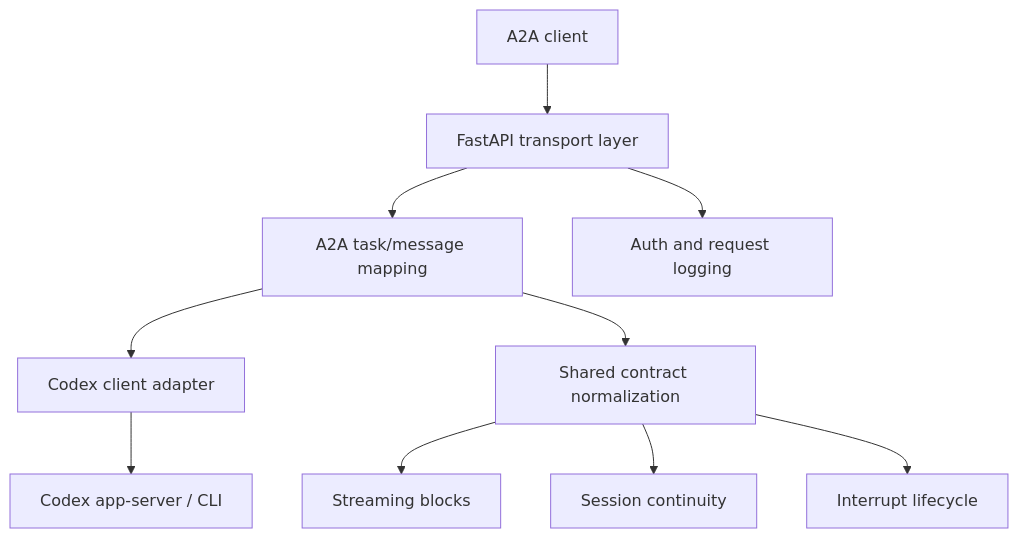
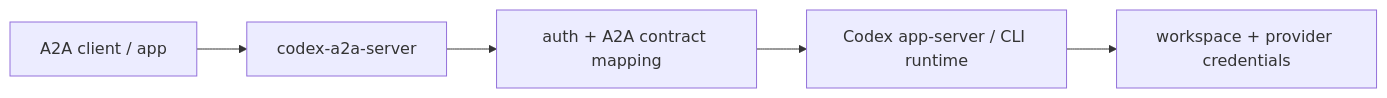
The diagram in README.md (liujuanjuan1984/codex-a2a-server), drawn with Mermaid before and after one commit. The commit also changed other lines of this file, not shown here.

Commit message:
docs: simplify readme service path diagram #112

````diff
--- a/README.md
+++ b/README.md
@@ -70,13 +12,7 @@
 ```mermaid
-flowchart TD
-    A["A2A client"] --> B["FastAPI transport layer"]
-    B --> C["A2A task/message mapping"]
-    C --> D["Codex client adapter"]
-    D --> E["Codex app-server / CLI"]
-
-    B --> F["Auth and request logging"]
-    C --> G["Shared contract normalization"]
-    G --> H["Streaming blocks"]
-    G --> I["Session continuity"]
-    G --> J["Interrupt lifecycle"]
+flowchart LR
+    Client["A2A client / app"] --> Server["codex-a2a-server"]
+    Server --> Contracts["auth + A2A contract mapping"]
+    Contracts --> Codex["Codex app-server / CLI runtime"]
+    Codex --> Workspace["workspace + provider credentials"]
 ```
````
